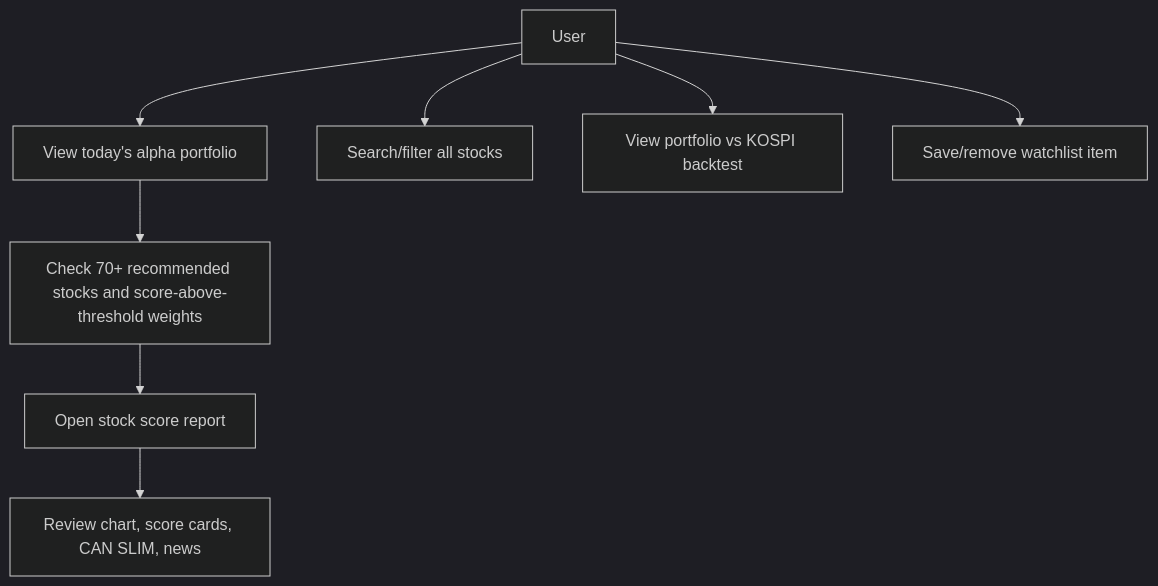
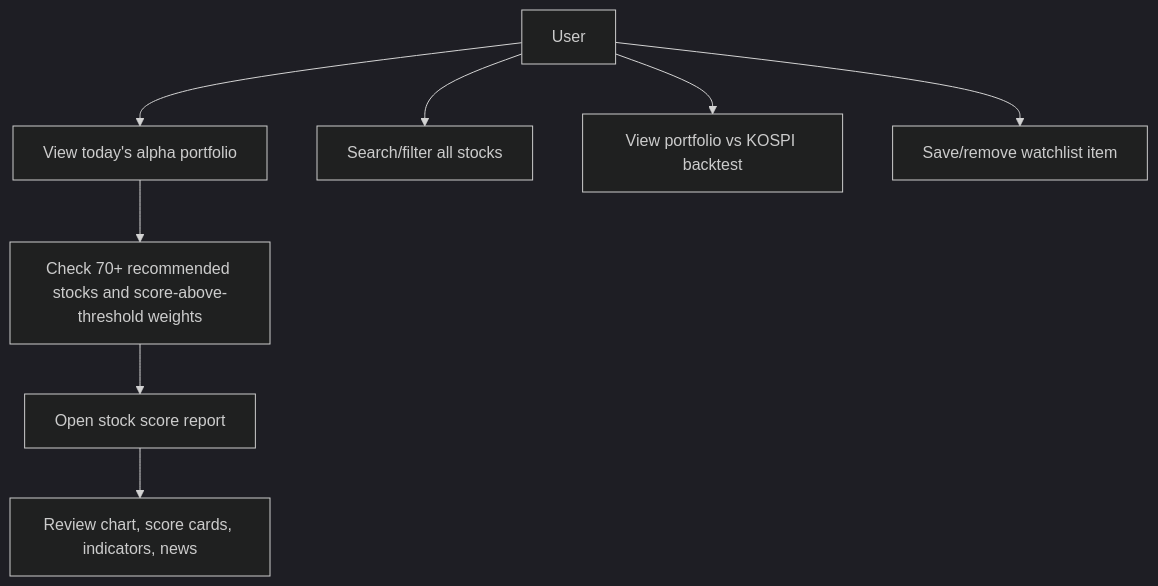
One commit to Janjonghwa/Alphapick changed the first of 3 diagrams in docs/UML.md. Above: the diagram before and after it, drawn with Mermaid (dark theme). The commit also changed other lines of this file and 80 other files, not shown here.

````diff
--- a/docs/UML.md
+++ b/docs/UML.md
@@ -5,10 +5,10 @@
 ```mermaid
 flowchart TD
   User["User"] --> Home["View today's alpha portfolio"]
   Home --> Items["Check 70+ recommended stocks and score-above-threshold weights"]
   Items --> Report["Open stock score report"]
-  Report --> Analysis["Review chart, score cards, CAN SLIM, news"]
+  Report --> Analysis["Review chart, score cards, indicators, news"]
   User --> Search["Search/filter all stocks"]
   User --> Backtest["View portfolio vs KOSPI backtest"]
   User --> Watchlist["Save/remove watchlist item"]
 ```
````
